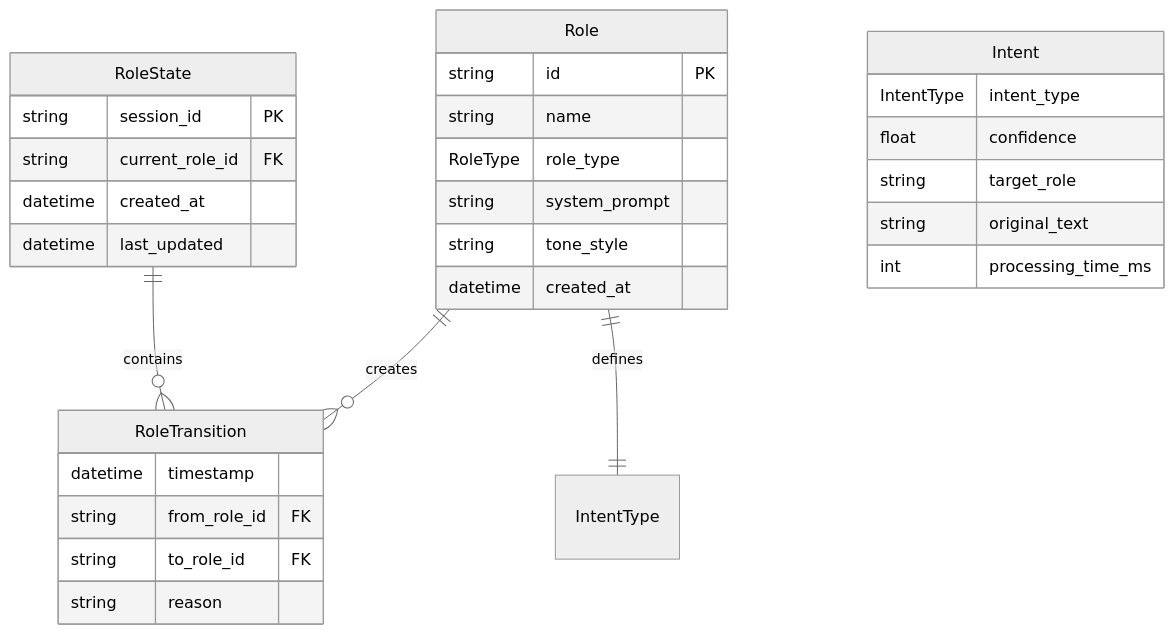
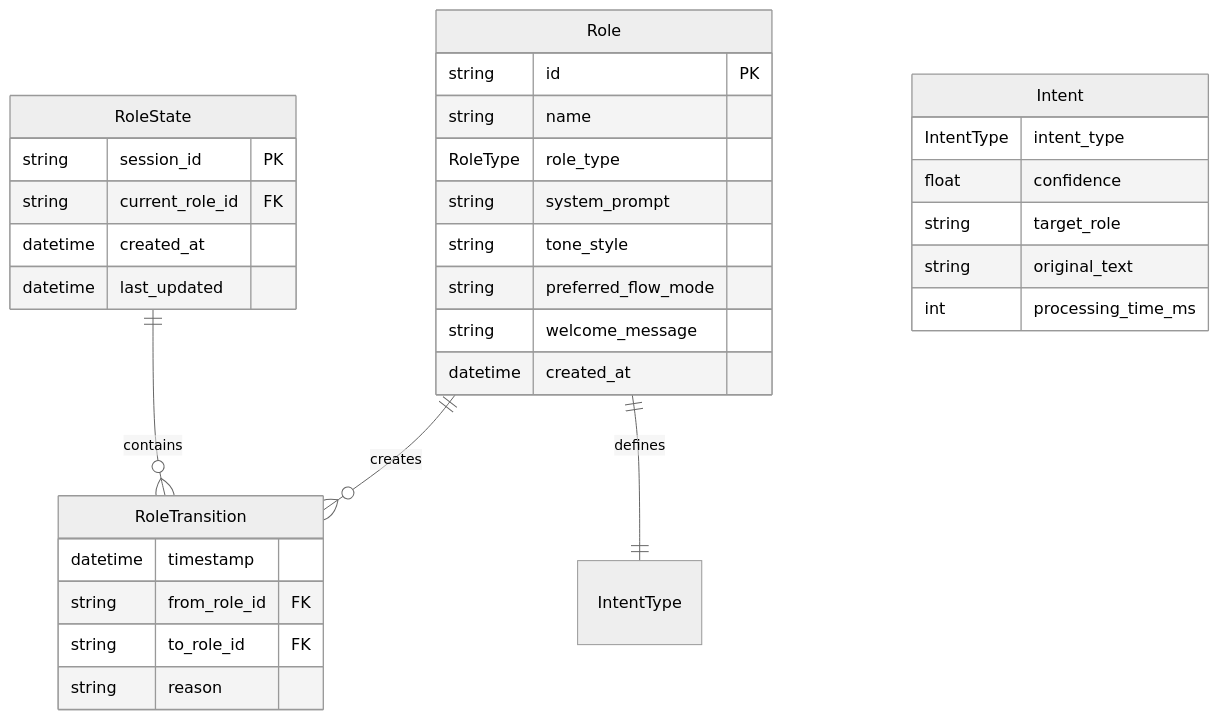
One commit to weihanchen/ai-voice-assistant-fastrtc changed the first of 3 diagrams in specs/008-role-switching/data-model.md. Above: the diagram before and after it, drawn with Mermaid (neutral theme). The commit also changed other lines of this file and 11 other files, not shown here.

````diff
--- a/specs/008-role-switching/data-model.md
+++ b/specs/008-role-switching/data-model.md
@@ -186,37 +193,39 @@
 ```mermaid
 erDiagram
     Role ||--o{ RoleTransition : creates
     RoleState ||--o{ RoleTransition : contains
     Role ||--|| IntentType : defines
     
     Role {
         string id PK
         string name
         RoleType role_type
         string system_prompt
         string tone_style
+        string preferred_flow_mode
+        string welcome_message
         datetime created_at
     }
     
     RoleState {
         string session_id PK
         string current_role_id FK
         datetime created_at
         datetime last_updated
     }
     
     RoleTransition {
         datetime timestamp
         string from_role_id FK
         string to_role_id FK
         string reason
     }
     
     Intent {
         IntentType intent_type
         float confidence
         string target_role
         string original_text
         int processing_time_ms
     }
 ```
````
